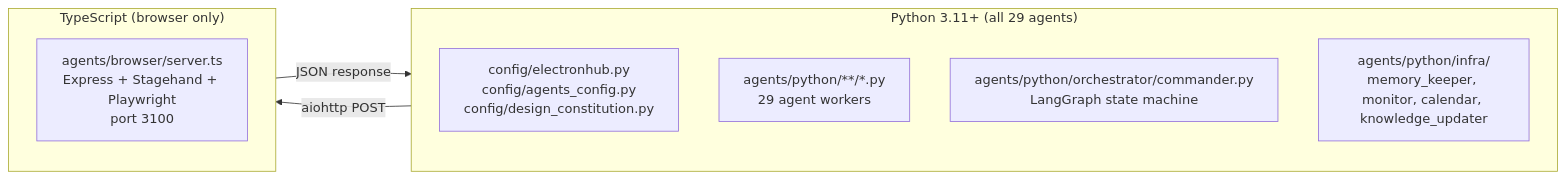
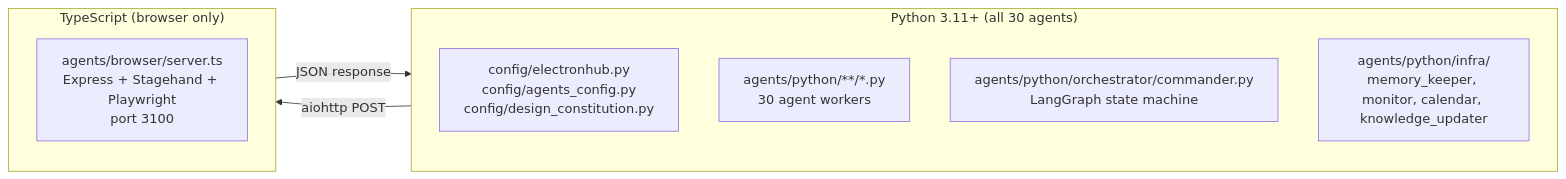
The second of 4 diagrams in docs/01-architecture.md (snowby666/forge), drawn with Mermaid before and after one commit. The commit also changed other lines of this file and 17 other files, not shown here.

````diff
--- a/docs/01-architecture.md
+++ b/docs/01-architecture.md
@@ -130,17 +130,17 @@
 ```mermaid
 graph LR
-    subgraph PY["Python 3.11+  (all 29 agents)"]
+    subgraph PY["Python 3.11+  (all 30 agents)"]
         direction TB
         C["config/electronhub.py\nconfig/agents_config.py\nconfig/design_constitution.py"]
-        A["agents/python/**/*.py\n29 agent workers"]
+        A["agents/python/**/*.py\n30 agent workers"]
         O["agents/python/orchestrator/commander.py\nLangGraph state machine"]
         I["agents/python/infra/\nmemory_keeper, monitor, calendar, knowledge_updater"]
     end
 
     subgraph TS["TypeScript  (browser only)"]
         B["agents/browser/server.ts\nExpress + Stagehand + Playwright\nport 3100"]
     end
 
     PY -->|aiohttp POST| TS
     TS -->|JSON response| PY
 ```
````
